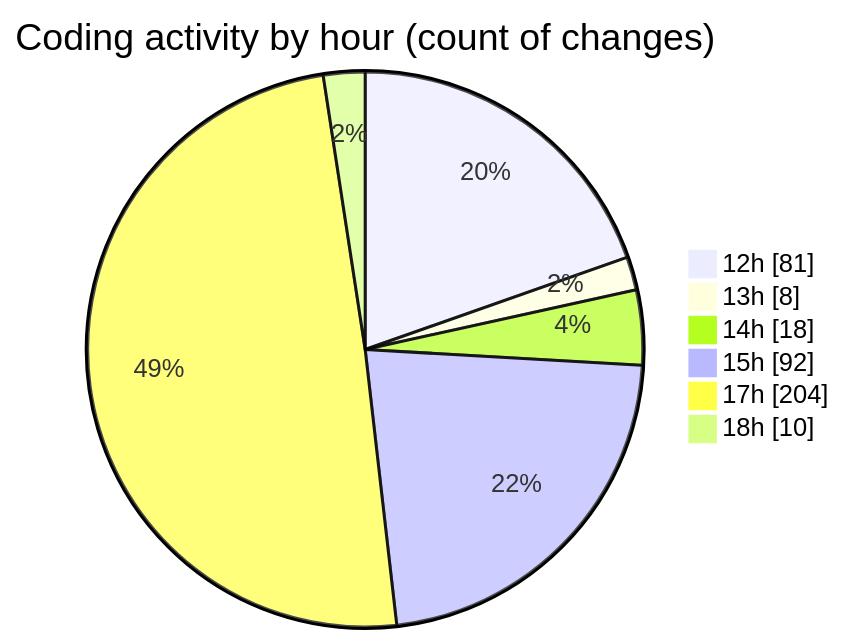
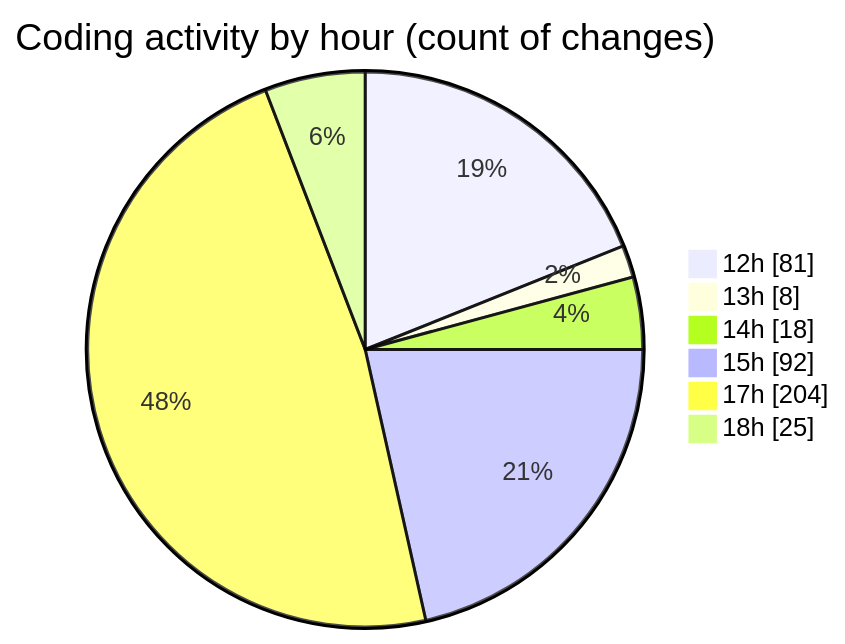
The second of 2 diagrams in 2025-12-28/rust/README.md (Ritupan-Deka/code-tracking), drawn with Mermaid before and after one commit. The commit also changed other lines of this file and 1 other file, not shown here.

````diff
--- a/2025-12-28/rust/README.md
+++ b/2025-12-28/rust/README.md
@@ -31,10 +31,10 @@
 ```mermaid
 pie showData
 title Coding activity by hour (count of changes)
 "12h" : 81
 "13h" : 8
 "14h" : 18
 "15h" : 92
 "17h" : 204
-"18h" : 10
+"18h" : 25
 ```
````
